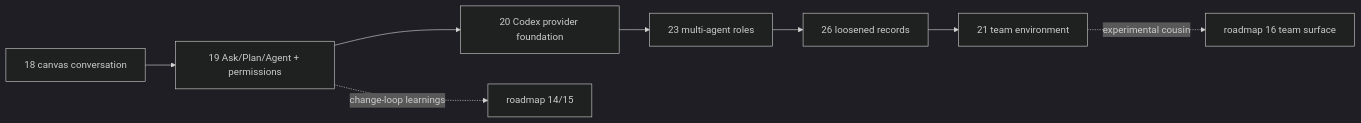
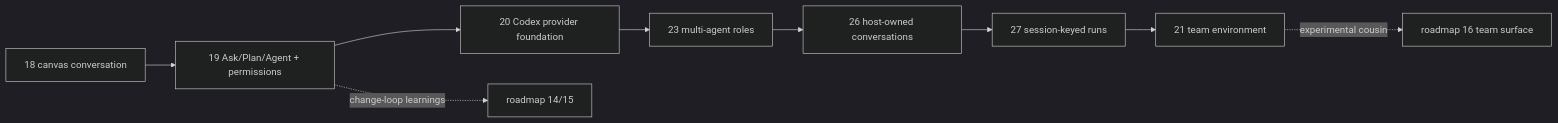
The diagram in stories/EPIC-20260806-web2-operational-collaboration.md (dmitry-yudakov/code-vis), drawn with Mermaid (dark theme) before and after one commit. The commit also changed other lines of this file and 4 other files, not shown here.

````diff
--- a/stories/EPIC-20260806-web2-operational-collaboration.md
+++ b/stories/EPIC-20260806-web2-operational-collaboration.md
@@ -57,10 +59,11 @@
 ```mermaid
 graph LR
   S18[18 canvas conversation] --> S19[19 Ask/Plan/Agent + permissions]
   S19 --> S20[20 Codex provider foundation]
   S20 --> S23[23 multi-agent roles]
-  S23 --> S26[26 loosened records]
-  S26 --> S21[21 team environment]
+  S23 --> S26[26 host-owned conversations]
+  S26 --> S27[27 session-keyed runs]
+  S27 --> S21[21 team environment]
   S19 -.change-loop learnings.-> R14[roadmap 14/15]
   S21 -.experimental cousin.-> R16[roadmap 16 team surface]
 ```
````
